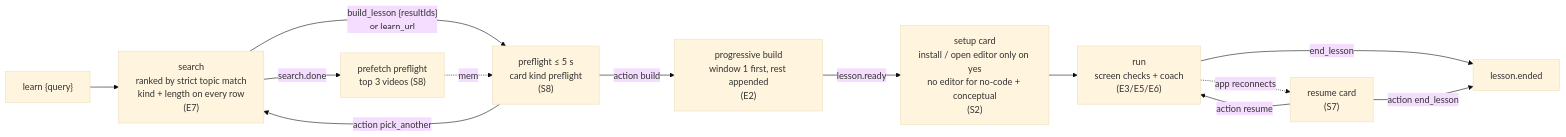
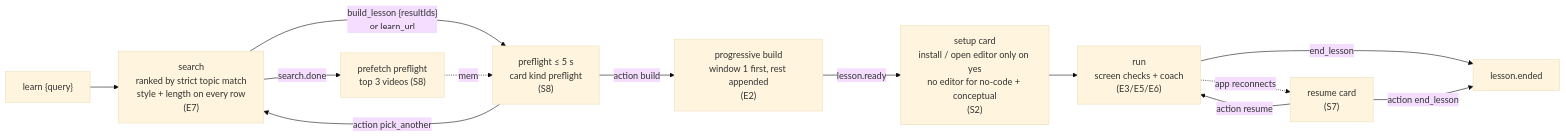
Before and after one commit to michae6345-crypto/miyagi: the diagram in docs/PIPELINE.md, drawn with Mermaid (base theme). The commit also changed other lines of this file and 3 other files, not shown here.

````diff
--- a/docs/PIPELINE.md
+++ b/docs/PIPELINE.md
@@ -14,15 +14,15 @@
 ```mermaid
 flowchart LR
-  L["learn {query}"] --> S["search<br/>ranked by strict topic match<br/>kind + length on every row<br/>(E7)"]
+  L["learn {query}"] --> S["search<br/>ranked by strict topic match<br/>style + length on every row<br/>(E7)"]
   S -->|search.done| PF0["prefetch preflight<br/>top 3 videos (S8)"]
   S -->|"build_lesson {resultIds}<br/>or learn_url"| P["preflight ≤ 5 s<br/>card kind preflight<br/>(S8)"]
   PF0 -.memo.-> P
   P -->|action pick_another| S
   P -->|action build| B["progressive build<br/>window 1 first, rest appended<br/>(E2)"]
   B -->|lesson.ready| W["setup card<br/>install / open editor only on yes<br/>no editor for no-code + conceptual<br/>(S2)"]
   W --> R["run<br/>screen checks + coach<br/>(E3/E5/E6)"]
   R -->|end_lesson| E["lesson.ended"]
   R -.app reconnects.-> RS["resume card<br/>(S7)"]
   RS -->|action resume| R
   RS -->|action end_lesson| E
 ```
````
